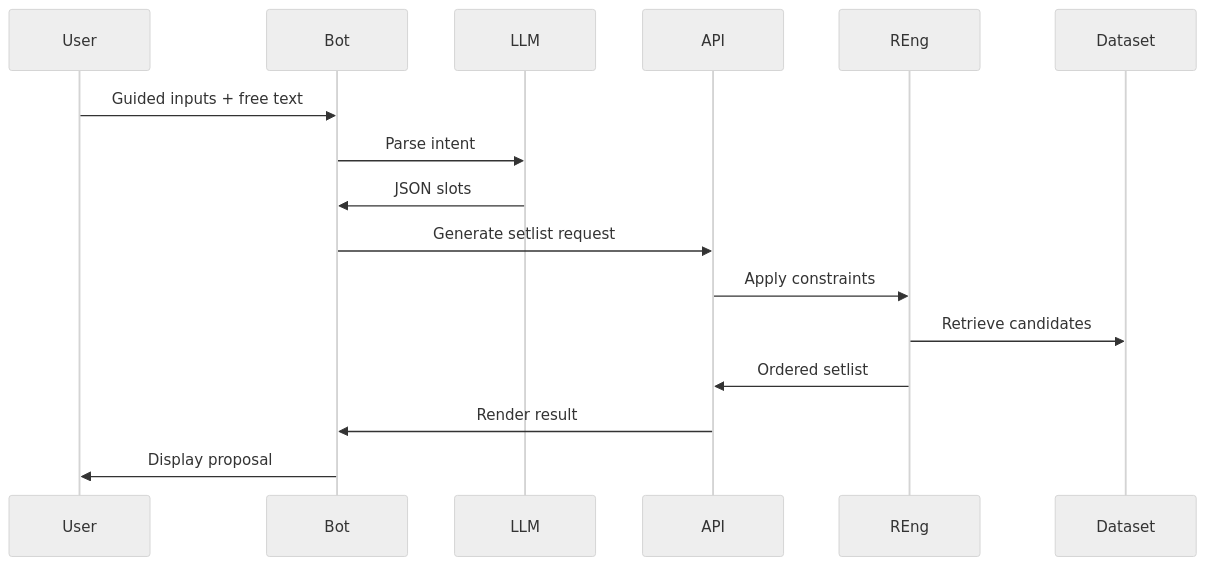
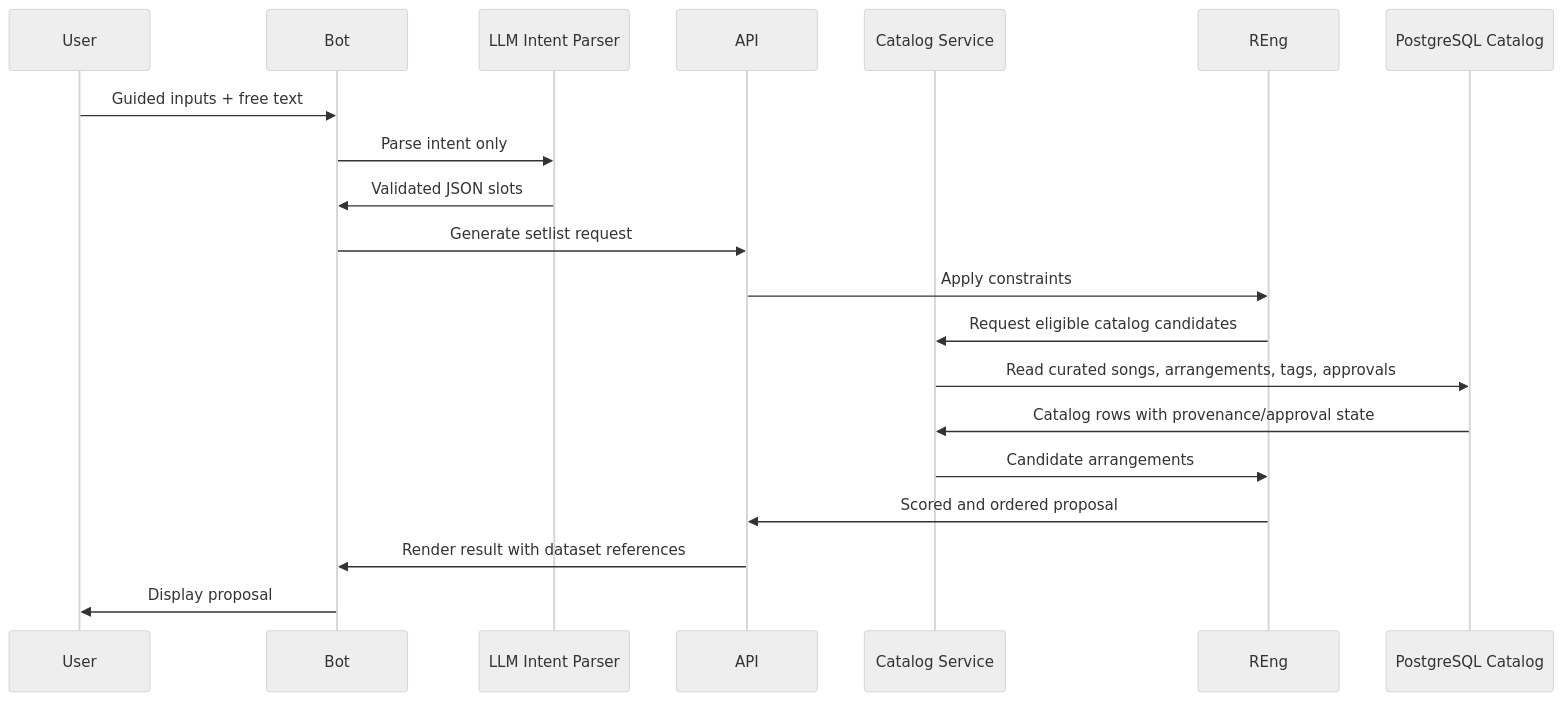
One commit to homeputers/cadentia changed the third of 4 diagrams in docs/ARCHITECTURE.md. Above: the diagram before and after it, drawn with Mermaid (neutral theme). The commit also changed other lines of this file and 2 other files, not shown here.

Commit message:
docs: update adr-001 architecture documentation (#10)

````diff
--- a/docs/ARCHITECTURE.md
+++ b/docs/ARCHITECTURE.md
@@ -54,19 +134,23 @@
 ``` mermaid
 sequenceDiagram
     participant U as User
     participant B as Bot
-    participant L as LLM
+    participant L as LLM Intent Parser
     participant A as API
+    participant C as Catalog Service
     participant R as REng
-    participant D as Dataset
+    participant D as PostgreSQL Catalog
 
     U->>B: Guided inputs + free text
-    B->>L: Parse intent
-    L->>B: JSON slots
+    B->>L: Parse intent only
+    L->>B: Validated JSON slots
     B->>A: Generate setlist request
     A->>R: Apply constraints
-    R->>D: Retrieve candidates
-    R->>A: Ordered setlist
-    A->>B: Render result
+    R->>C: Request eligible catalog candidates
+    C->>D: Read curated songs, arrangements, tags, approvals
+    D->>C: Catalog rows with provenance/approval state
+    C->>R: Candidate arrangements
+    R->>A: Scored and ordered proposal
+    A->>B: Render result with dataset references
     B->>U: Display proposal
 ```
````
